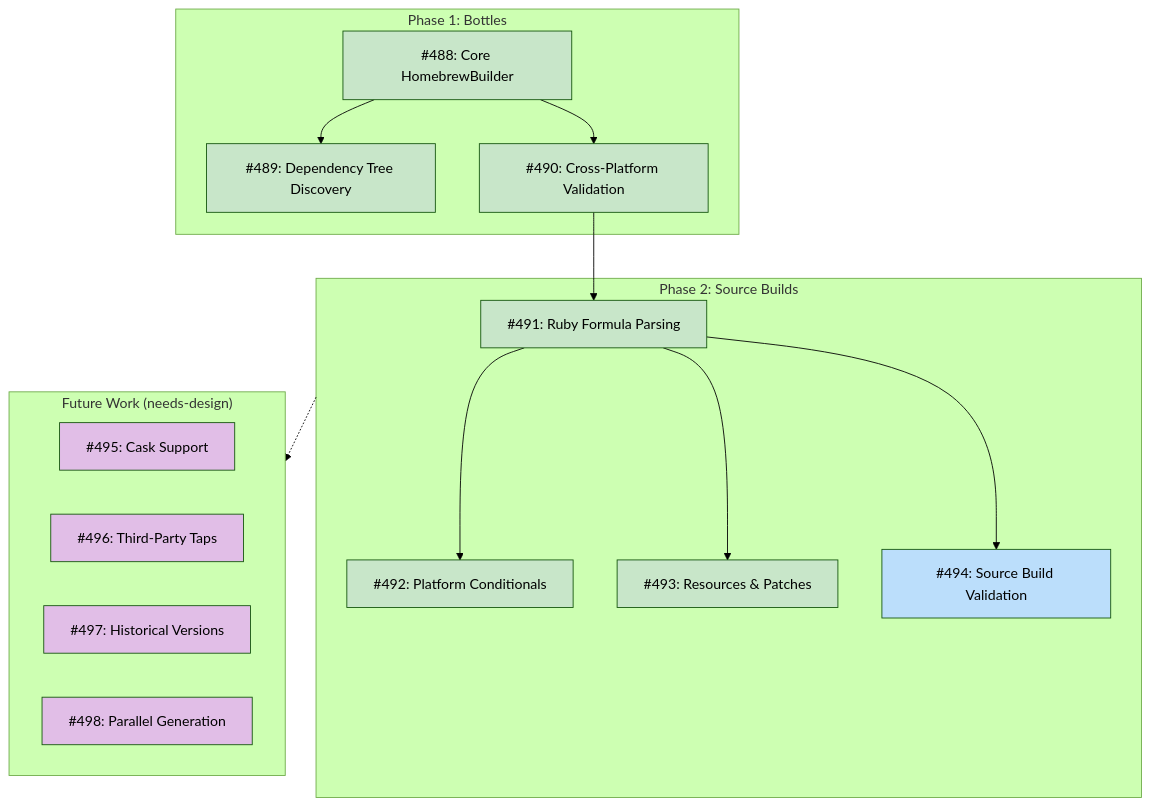
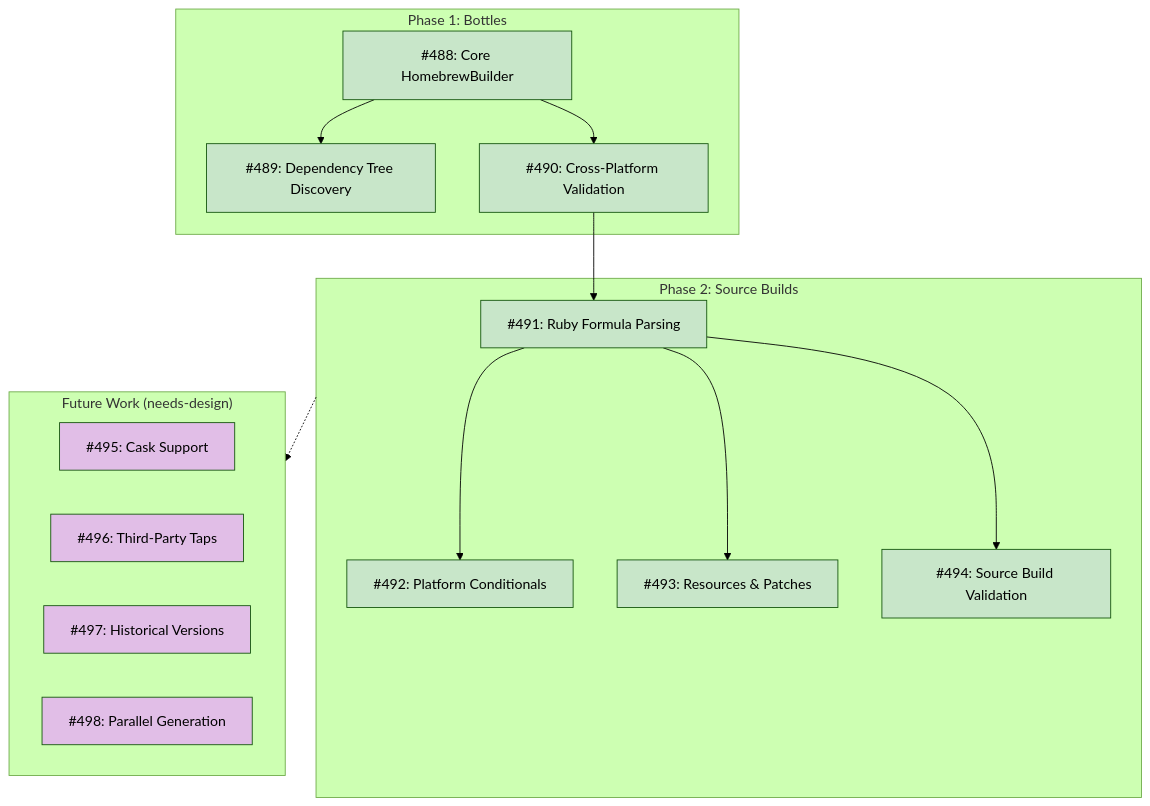
One commit to tsukumogami/tsuku changed the diagram in docs/DESIGN-homebrew-builder.md. Above: the diagram before and after it, drawn with Mermaid (forest theme).

Commit message:
docs: mark issue #494 as done in homebrew-builder diagram (#520)
## Summary

- Update design document dependency diagram to mark #494 as completed
- Remove #494 from 'ready' class and add to 'done' class

No issue exists for this trivial documentation update.

````diff
--- a/docs/DESIGN-homebrew-builder.md
+++ b/docs/DESIGN-homebrew-builder.md
@@ -11,39 +11,38 @@
 ```mermaid
 graph TD
     subgraph Phase1["Phase 1: Bottles"]
         A488["#488: Core HomebrewBuilder"]
         A489["#489: Dependency Tree Discovery"]
         A490["#490: Cross-Platform Validation"]
     end
 
     subgraph Phase2["Phase 2: Source Builds"]
         A491["#491: Ruby Formula Parsing"]
         A492["#492: Platform Conditionals"]
         A493["#493: Resources & Patches"]
         A494["#494: Source Build Validation"]
     end
 
     subgraph Future["Future Work (needs-design)"]
         A495["#495: Cask Support"]
         A496["#496: Third-Party Taps"]
         A497["#497: Historical Versions"]
         A498["#498: Parallel Generation"]
     end
 
     A488 --> A489
     A488 --> A490
     A490 --> A491
     A491 --> A492
     A491 --> A493
     A491 --> A494
     Phase2 -.-> Future
 
     classDef done fill:#c8e6c9
     classDef ready fill:#bbdefb
     classDef blocked fill:#fff9c4
     classDef needsDesign fill:#e1bee7
 
-    class A488,A489,A490,A491,A492,A493 done
-    class A494 ready
+    class A488,A489,A490,A491,A492,A493,A494 done
     class A495,A496,A497,A498 needsDesign
 ```
````
